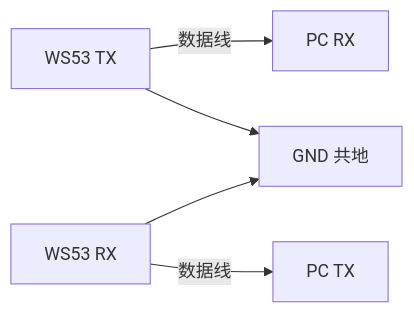
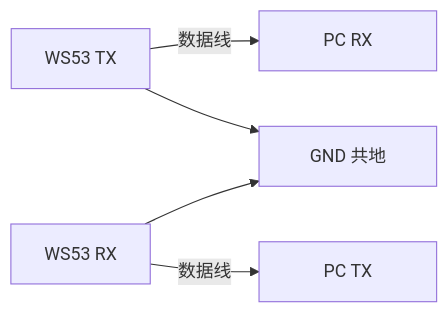
Before and after one commit to sanchuanhehe/fbb_ws53: the first of 2 diagrams in docs/zh-CN/samples/peripherals/uart/uart.md, drawn with Mermaid. The commit also changed 7 other files, not shown here.

````diff
--- a/docs/zh-CN/samples/peripherals/uart/uart.md
+++ b/docs/zh-CN/samples/peripherals/uart/uart.md
@@ -17,6 +17,6 @@
 ```mermaid
 flowchart LR
-    MCU1[WS53 TX] -->|数据线| RX[PC RX]
-    MCU2[WS53 RX] -->|数据线| TX[PC TX]
-    MCU1 & MCU2 --> G[GND 共地]
+    MCU1[WS53 TX] -->|数据线| RX["<div style='width: 100px; text-align: center;'>PC RX</div>"]
+    MCU2[WS53 RX] -->|数据线| TX["<div style='width: 100px; text-align: center;'>PC TX</div>"]
+    MCU1 & MCU2 --> G["<div style='width: 100px; text-align: center;'>GND 共地</div>"]
 ```
````
